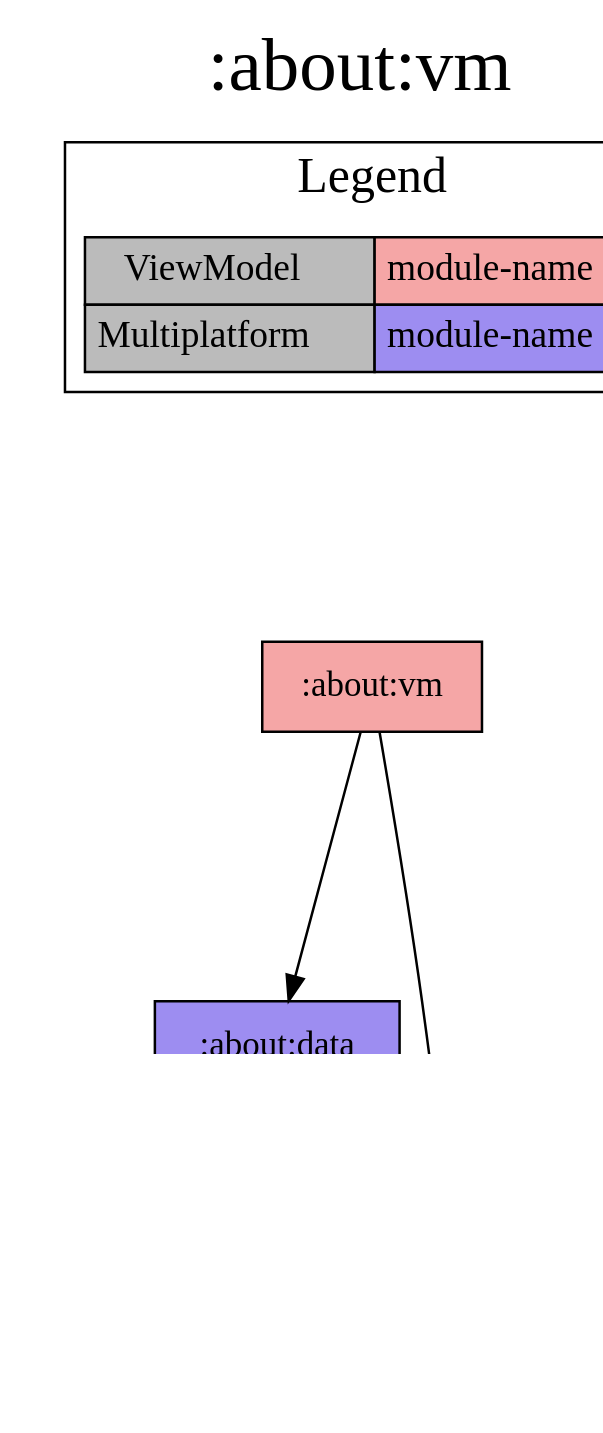
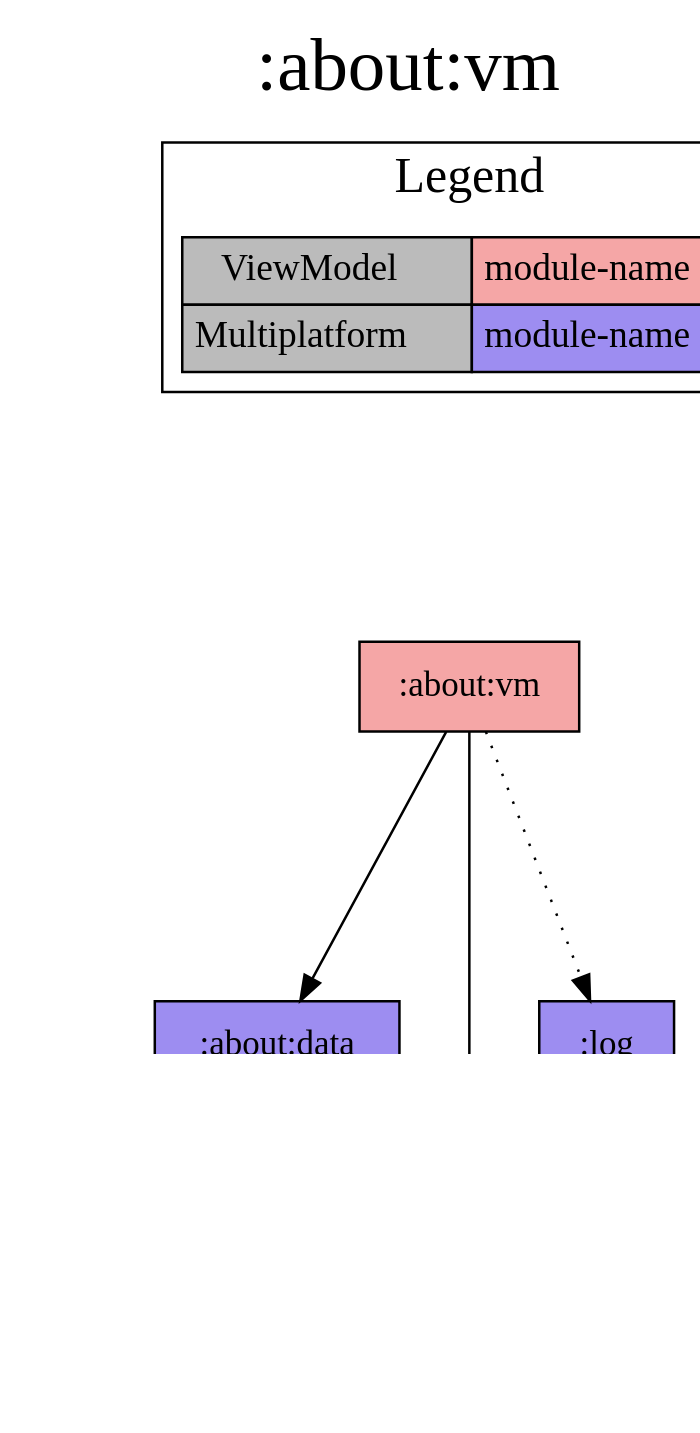
One commit to jonapoul/aktual changed the diagram in modules/about/vm/project-dependency-graph.dot. Above: the diagram before and after it, drawn with Graphviz. The commit also changed 89 other files, not shown here.

```diff
--- a/modules/about/vm/project-dependency-graph.dot
+++ b/modules/about/vm/project-dependency-graph.dot
@@ -1,27 +1,29 @@
 digraph {
 edge ["dir"="forward"]
 graph ["dpi"="100","label"=":about:vm","labelloc"="t","fontsize"="30","ranksep"="1.5","rankdir"="TB"]
 node ["style"="filled"]
 ":about:data" ["fillcolor"="#9D8DF1","shape"="box"]
 ":about:vm" ["fillcolor"="#F5A6A6","shape"="box"]
 ":api:github" ["fillcolor"="#9D8DF1","shape"="box"]
 ":core:buildconfig" ["fillcolor"="#9D8DF1","shape"="box"]
+":log" ["fillcolor"="#9D8DF1","shape"="box"]
 {
 edge ["dir"="none"]
 graph ["rank"="same"]
 }
 ":about:data" -> ":api:github"
 ":about:data" -> ":core:buildconfig"
 ":about:vm" -> ":about:data"
 ":about:vm" -> ":core:buildconfig"
+":about:vm" -> ":log" ["style"="dotted"]
 subgraph "cluster_legend" {
 edge ["dir"="none"]
 graph ["label"="Legend","fontsize"="20"]
 "Legend" ["style"="filled","fillcolor"="#bbbbbb","shape"="none","margin"="0","fontsize"="15","label"=<
 <TABLE BORDER="0" CELLBORDER="1" CELLSPACING="0" CELLPADDING="4">
 <TR><TD>ViewModel</TD><TD BGCOLOR="#F5A6A6">module-name</TD></TR>
 <TR><TD>Multiplatform</TD><TD BGCOLOR="#9D8DF1">module-name</TD></TR>
 </TABLE>
 >]
 } -> ":about:vm" ["style"="invis"]
 }
```
